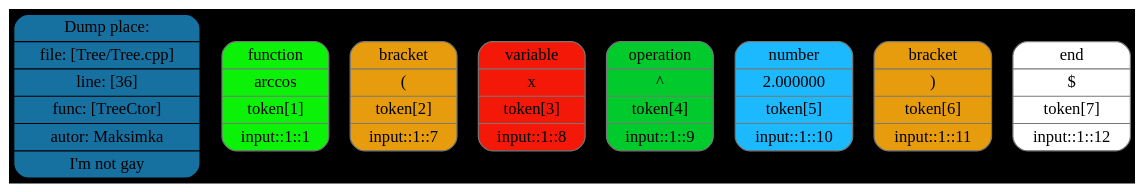
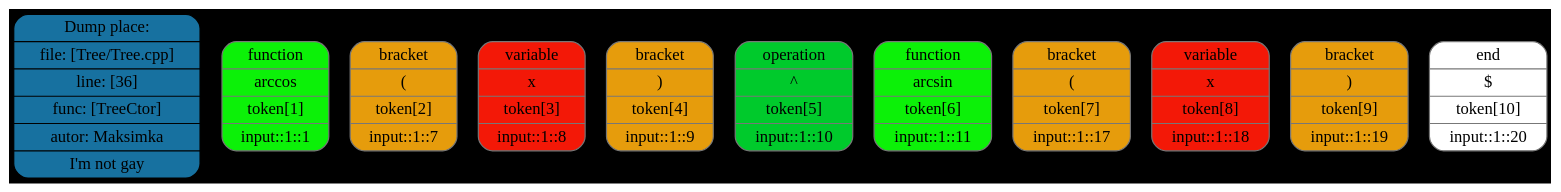
One commit to Maksim-Sebelev/Differentiator changed the diagram in token.dot. Above: the diagram before and after it, drawn with Graphviz. The commit also changed 25 other files, not shown here.

```diff
--- a/token.dot
+++ b/token.dot
@@ -1,13 +1,16 @@
 digraph G{
 rankdir=TB
 graph [bgcolor="#000000"];
 size = "100 5"
 place[shape=Mrecord, style=filled, fillcolor="#1771a0", pos="0,1!",label = " { Dump place: | file: [Tree/Tree.cpp] | line: [36] | func: [TreeCtor] | autor: Maksimka | I'm not gay } "color = "#000000"];
 token0[shape=Mrecord, style=filled, fillcolor="#0cf108",label = " { function | arccos |  token[1] |  input::1::1 } ", color = "#777777"];
 token1[shape=Mrecord, style=filled, fillcolor="#e69c0c",label = " { bracket | ( |  token[2] |  input::1::7 } ", color = "#777777"];
 token2[shape=Mrecord, style=filled, fillcolor="#f31807",label = " { variable | x |  token[3] |  input::1::8 } ", color = "#777777"];
-token3[shape=Mrecord, style=filled, fillcolor="#00ca2c",label = " { operation | ^ |  token[4] |  input::1::9 } ", color = "#777777"];
-token4[shape=Mrecord, style=filled, fillcolor="#1cb9ff",label = " { number |  2.000000 |  token[5] |  input::1::10 } ", color = "#777777"];
-token5[shape=Mrecord, style=filled, fillcolor="#e69c0c",label = " { bracket | ) |  token[6] |  input::1::11 } ", color = "#777777"];
-token6[shape=Mrecord, style=filled, fillcolor="#ffffff",label = " { end | $ |  token[7] |  input::1::12 } ", color = "#777777"];
+token3[shape=Mrecord, style=filled, fillcolor="#e69c0c",label = " { bracket | ) |  token[4] |  input::1::9 } ", color = "#777777"];
+token4[shape=Mrecord, style=filled, fillcolor="#00ca2c",label = " { operation | ^ |  token[5] |  input::1::10 } ", color = "#777777"];
+token5[shape=Mrecord, style=filled, fillcolor="#0cf108",label = " { function | arcsin |  token[6] |  input::1::11 } ", color = "#777777"];
+token6[shape=Mrecord, style=filled, fillcolor="#e69c0c",label = " { bracket | ( |  token[7] |  input::1::17 } ", color = "#777777"];
+token7[shape=Mrecord, style=filled, fillcolor="#f31807",label = " { variable | x |  token[8] |  input::1::18 } ", color = "#777777"];
+token8[shape=Mrecord, style=filled, fillcolor="#e69c0c",label = " { bracket | ) |  token[9] |  input::1::19 } ", color = "#777777"];
+token9[shape=Mrecord, style=filled, fillcolor="#ffffff",label = " { end | $ |  token[10] |  input::1::20 } ", color = "#777777"];
 }
```
